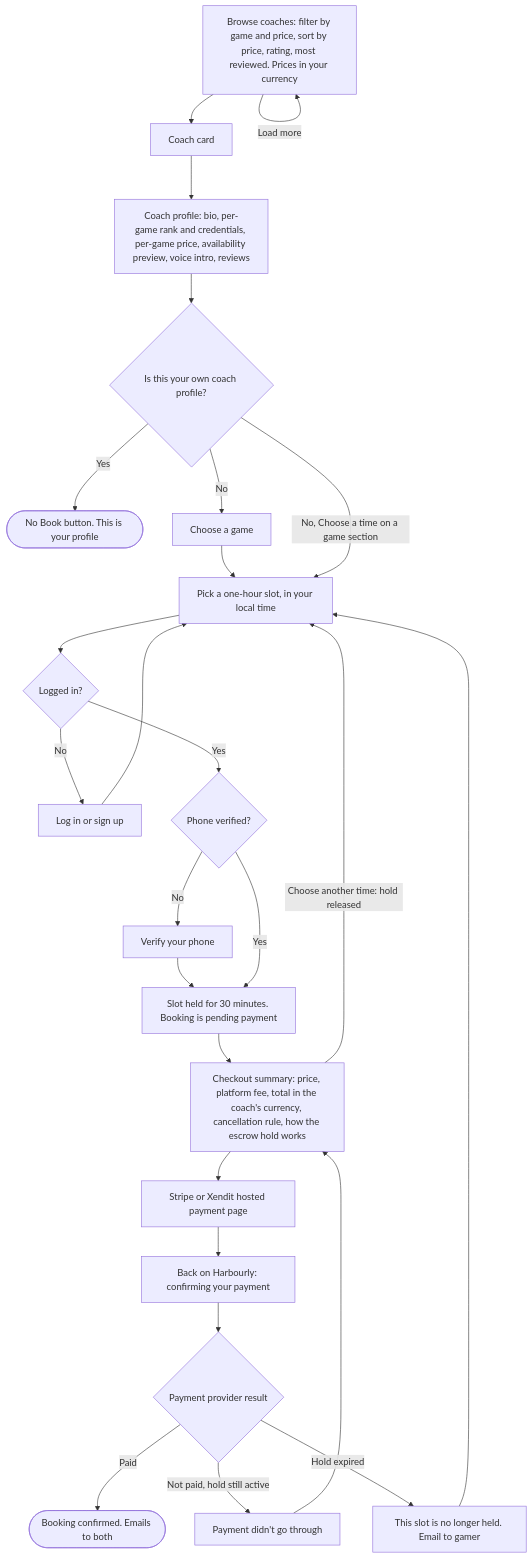
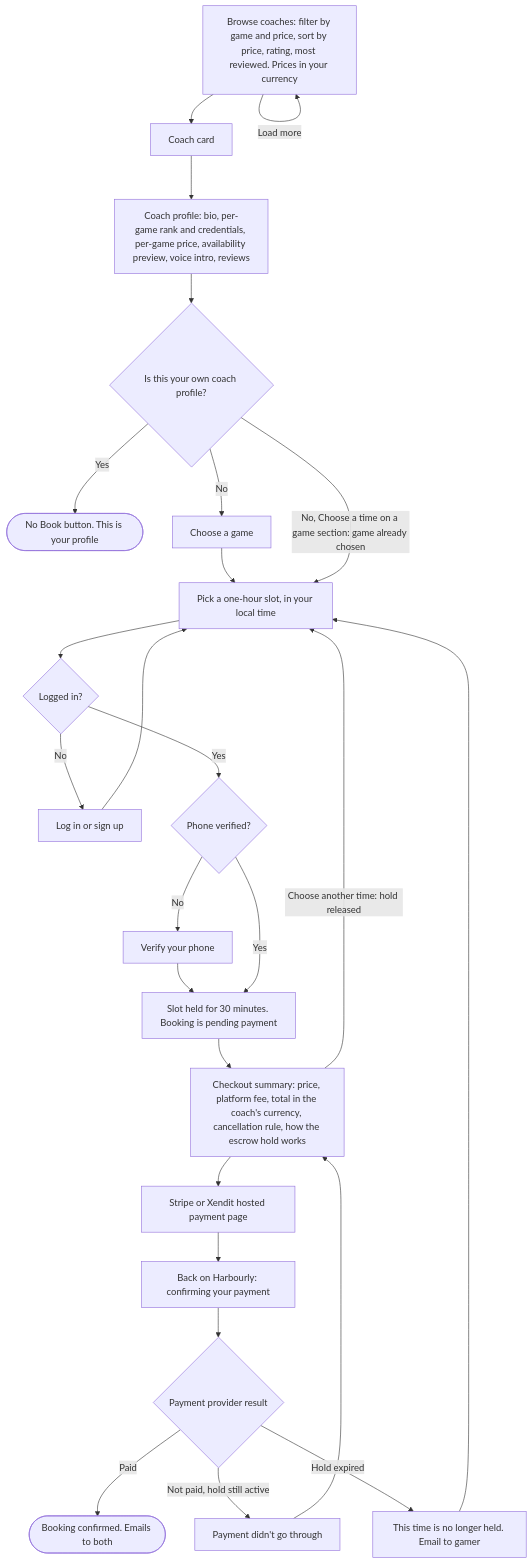
One commit to ILoveWaterSm/Harbourly-Waitlist-2.0 changed the third of 13 diagrams in design/USER-FLOW.md. Above: the diagram before and after it, drawn with Mermaid. The commit also changed 3 other files, not shown here.

First line of the commit message:
Publish Phase 1: page links, canvas frames, user flow and handoff

````diff
--- a/design/USER-FLOW.md
+++ b/design/USER-FLOW.md
@@ -103,28 +103,28 @@
 ```mermaid
 flowchart TD
   Browse["Browse coaches: filter by game and price, sort by price, rating, most reviewed. Prices in your currency"] --> Card["Coach card"]
   Browse -->|"Load more"| Browse
   Card --> Profile["Coach profile: bio, per-game rank and credentials, per-game price, availability preview, voice intro, reviews"]
   Profile --> Own{"Is this your own coach profile?"}
   Own -->|"Yes"| NoBook(["No Book button. This is your profile"])
   Own -->|"No"| Game["Choose a game"]
   Game --> Slot["Pick a one-hour slot, in your local time"]
-  Own -->|"No, Choose a time on a game section"| Slot
+  Own -->|"No, Choose a time on a game section: game already chosen"| Slot
   Slot --> LoggedIn{"Logged in?"}
   LoggedIn -->|"No"| Auth["Log in or sign up"]
   Auth --> Slot
   LoggedIn -->|"Yes"| Phone{"Phone verified?"}
   Phone -->|"No"| VerifyPhone["Verify your phone"]
   VerifyPhone --> Hold
   Phone -->|"Yes"| Hold["Slot held for 30 minutes. Booking is pending payment"]
   Hold --> Summary["Checkout summary: price, platform fee, total in the coach's currency, cancellation rule, how the escrow hold works"]
   Summary --> Hosted["Stripe or Xendit hosted payment page"]
   Summary -->|"Choose another time: hold released"| Slot
   Hosted --> Back["Back on Harbourly: confirming your payment"]
   Back --> Result{"Payment provider result"}
   Result -->|"Paid"| Confirmed(["Booking confirmed. Emails to both"])
   Result -->|"Not paid, hold still active"| Failed["Payment didn't go through"]
   Failed --> Summary
-  Result -->|"Hold expired"| Expired["This slot is no longer held. Email to gamer"]
+  Result -->|"Hold expired"| Expired["This time is no longer held. Email to gamer"]
   Expired --> Slot
 ```
````
